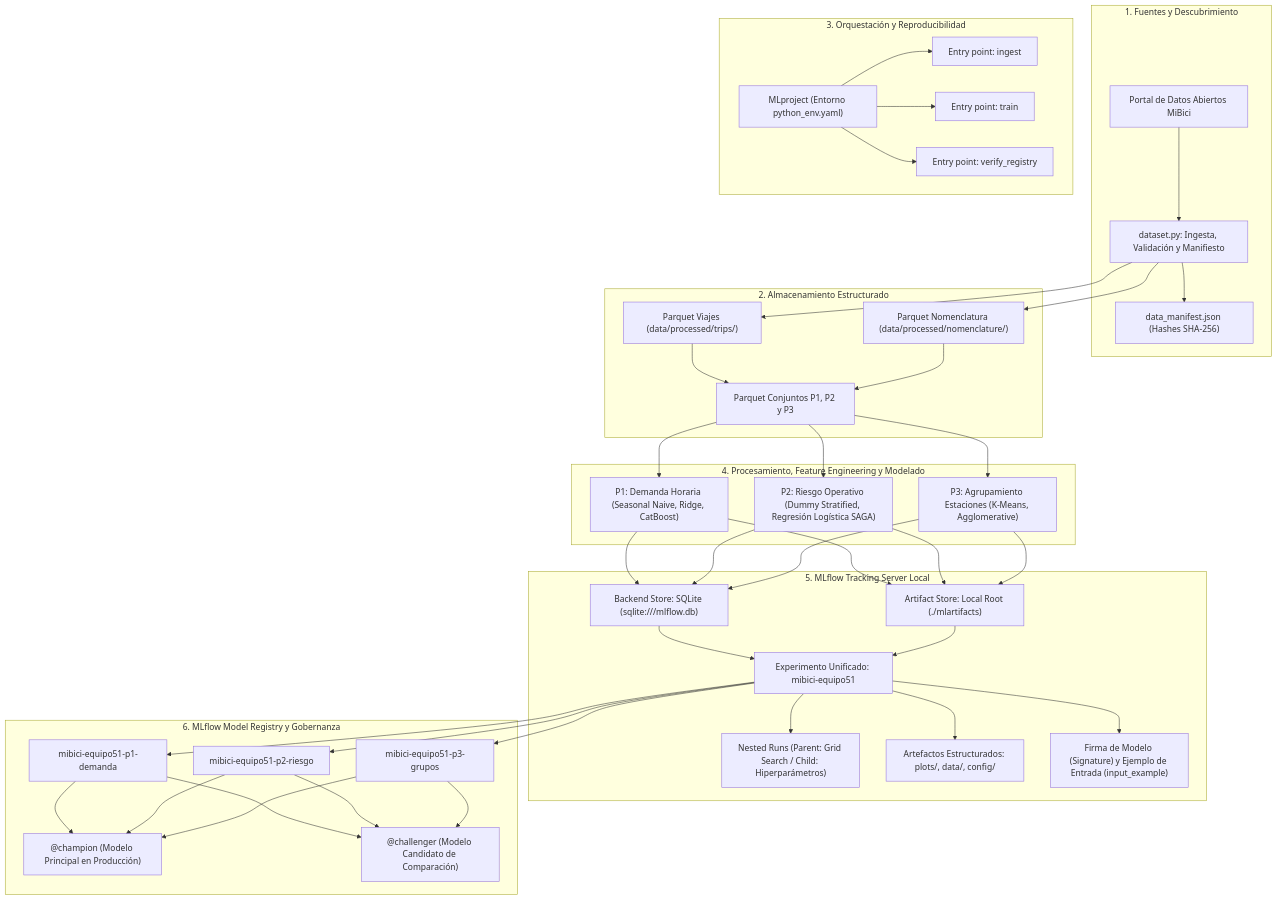
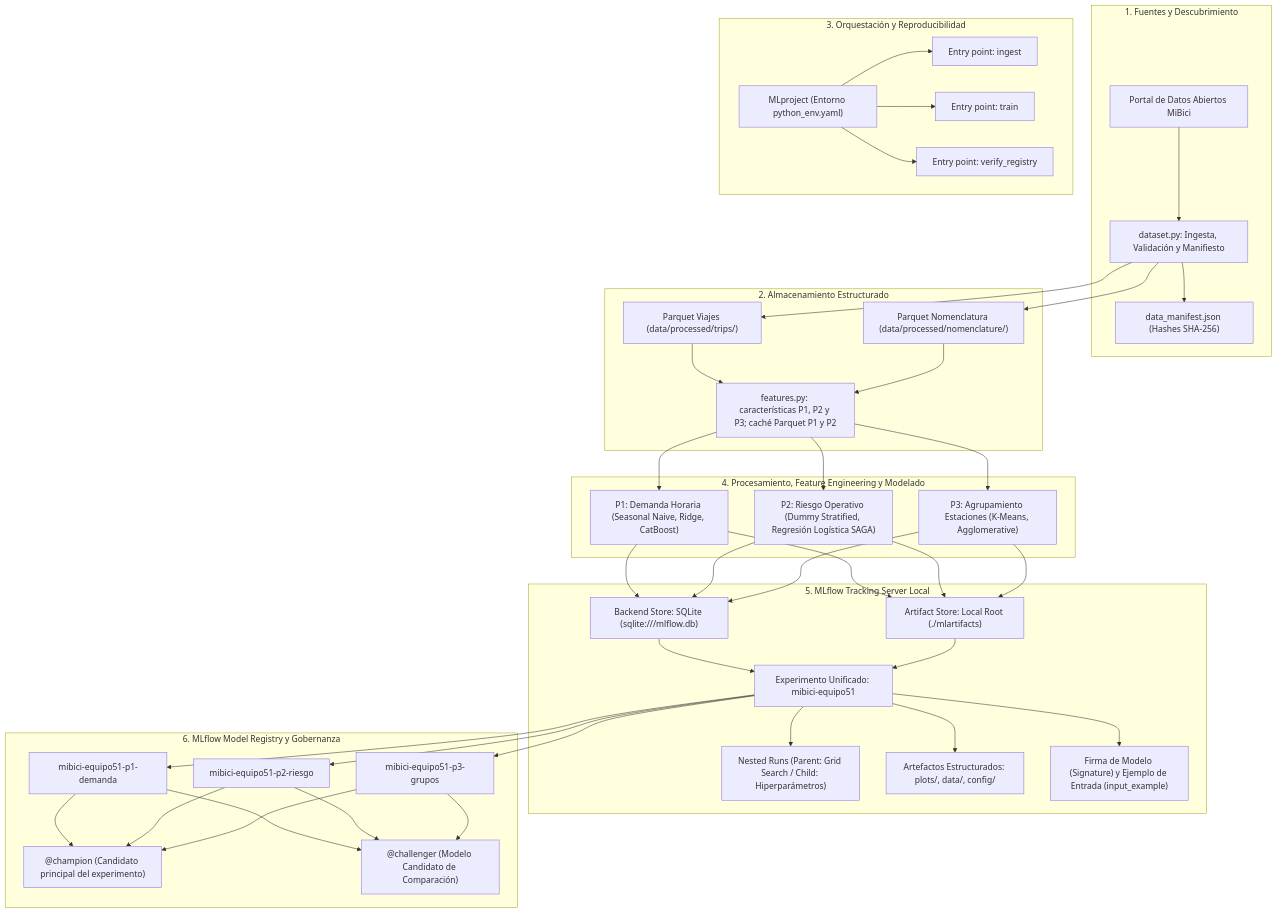
One commit to arictamir/TC5061-Proyecto-Equipo51 changed the diagram in README.md. Above: the diagram before and after it, drawn with Mermaid. The commit also changed other lines of this file, not shown here.

Commit message:
docs: alinea README con la estructura y el flujo del proyecto

````diff
--- a/README.md
+++ b/README.md
@@ -127,43 +152,43 @@
 ```mermaid
 flowchart TD
     subgraph S1["1. Fuentes y Descubrimiento"]
         A["Portal de Datos Abiertos MiBici"] --> B["dataset.py: Ingesta, Validación y Manifiesto"]
         B --> C["data_manifest.json (Hashes SHA-256)"]
     end
 
     subgraph S2["2. Almacenamiento Estructurado"]
         B --> D1["Parquet Viajes (data/processed/trips/)"]
         B --> D2["Parquet Nomenclatura (data/processed/nomenclature/)"]
-        D1 & D2 --> D3["Parquet Conjuntos P1, P2 y P3"]
+        D1 & D2 --> D3["features.py: características P1, P2 y P3; caché Parquet P1 y P2"]
     end
 
     subgraph S3["3. Orquestación y Reproducibilidad"]
         E["MLproject (Entorno python_env.yaml)"] --> F1["Entry point: ingest"]
         E --> F2["Entry point: train"]
         E --> F3["Entry point: verify_registry"]
     end
 
     subgraph S4["4. Procesamiento, Feature Engineering y Modelado"]
         D3 --> G1["P1: Demanda Horaria (Seasonal Naive, Ridge, CatBoost)"]
         D3 --> G2["P2: Riesgo Operativo (Dummy Stratified, Regresión Logística SAGA)"]
         D3 --> G3["P3: Agrupamiento Estaciones (K-Means, Agglomerative)"]
     end
 
     subgraph S5["5. MLflow Tracking Server Local"]
         H1["Backend Store: SQLite (sqlite:///mlflow.db)"]
         H2["Artifact Store: Local Root (./mlartifacts)"]
         G1 & G2 & G3 --> H1 & H2
         H1 & H2 --> I["Experimento Unificado: mibici-equipo51"]
         I --> I1["Nested Runs (Parent: Grid Search / Child: Hiperparámetros)"]
         I --> I2["Artefactos Estructurados: plots/, data/, config/"]
         I --> I3["Firma de Modelo (Signature) y Ejemplo de Entrada (input_example)"]
     end
 
     subgraph S6["6. MLflow Model Registry y Gobernanza"]
         I --> J1["mibici-equipo51-p1-demanda"]
         I --> J2["mibici-equipo51-p2-riesgo"]
         I --> J3["mibici-equipo51-p3-grupos"]
-        J1 & J2 & J3 --> K1["@champion (Modelo Principal en Producción)"]
+        J1 & J2 & J3 --> K1["@champion (Candidato principal del experimento)"]
         J1 & J2 & J3 --> K2["@challenger (Modelo Candidato de Comparación)"]
     end
 ```
````
